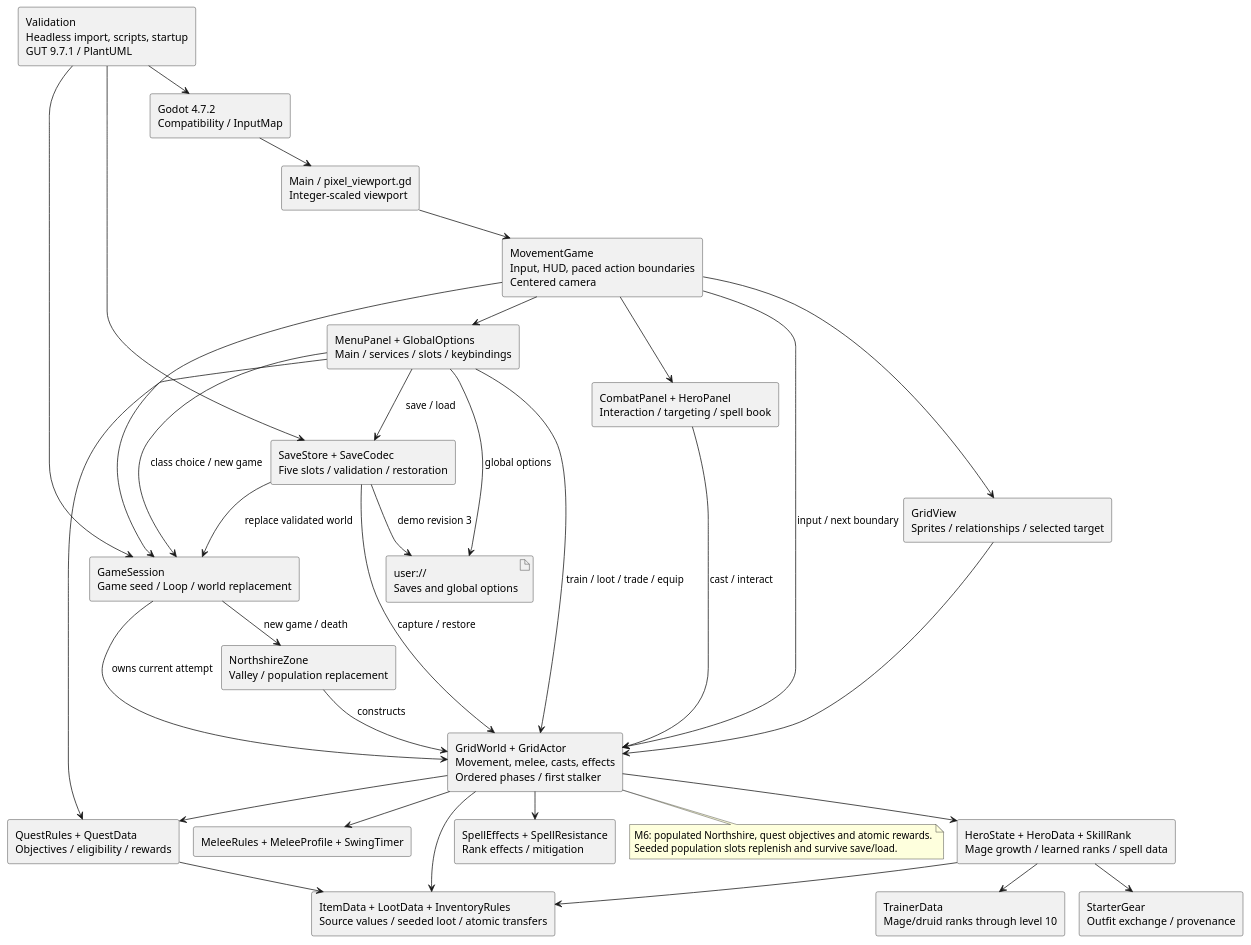
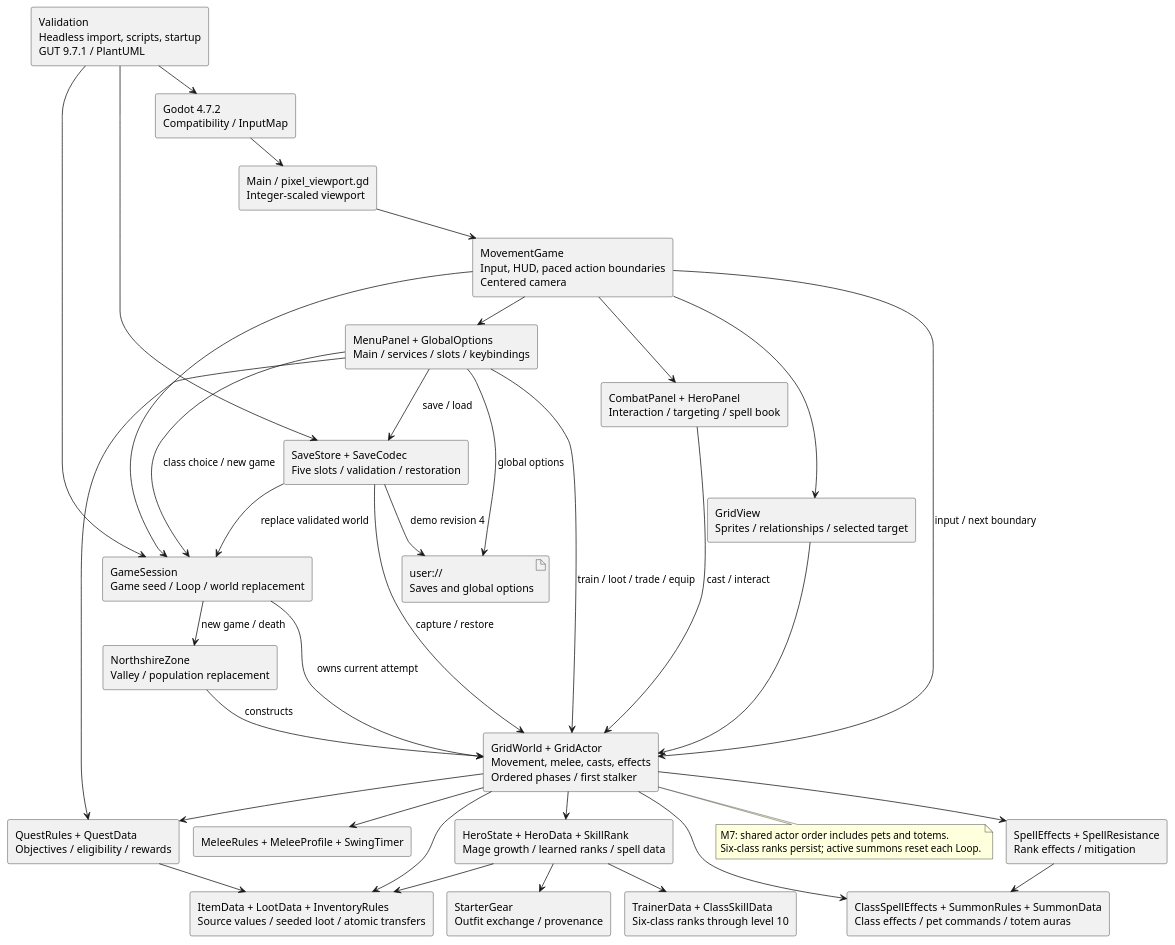
One commit to VHonzik/Ostinato changed the diagram in docs/architecture/components.puml. Above: the diagram before and after it, drawn with PlantUML. The commit also changed 37 other files, not shown here.

Commit message:
Implement milestone 7 classes, pets and totems

```diff
--- a/docs/architecture/components.puml
+++ b/docs/architecture/components.puml
@@ -1,60 +1,63 @@
 @startuml
 !pragma layout smetana
 skinparam componentStyle rectangle
 skinparam shadowing false
 component "Godot 4.7.2\nCompatibility / InputMap" as Godot
 component "Main / pixel_viewport.gd\nInteger-scaled viewport" as Main
 component "MovementGame\nInput, HUD, paced action boundaries\nCentered camera" as Game
 component "GameSession\nGame seed / Loop / world replacement" as Session
 component "GridWorld + GridActor\nMovement, melee, casts, effects\nOrdered phases / first stalker" as World
 component "NorthshireZone\nValley / population replacement" as Fixture
 component "QuestRules + QuestData\nObjectives / eligibility / rewards" as Quests
 component "HeroState + HeroData + SkillRank\nMage growth / learned ranks / spell data" as Hero
 component "StarterGear\nOutfit exchange / provenance" as Gear
 component "MeleeRules + MeleeProfile + SwingTimer" as Combat
 component "SpellEffects + SpellResistance\nRank effects / mitigation" as Spells
-component "TrainerData\nMage/druid ranks through level 10" as Training
+component "TrainerData + ClassSkillData\nSix-class ranks through level 10" as Training
+component "ClassSpellEffects + SummonRules + SummonData\nClass effects / pet commands / totem auras" as Summons
 component "ItemData + LootData + InventoryRules\nSource values / seeded loot / atomic transfers" as Items
 component "CombatPanel + HeroPanel\nInteraction / targeting / spell book" as Panels
 component "MenuPanel + GlobalOptions\nMain / services / slots / keybindings" as Menu
 component "SaveStore + SaveCodec\nFive slots / validation / restoration" as Saves
 component "GridView\nSprites / relationships / selected target" as View
 component "Validation\nHeadless import, scripts, startup\nGUT 9.7.1 / PlantUML" as Tests
 artifact "user://\nSaves and global options" as Files
 Godot --> Main
 Main --> Game
 Game --> Session
 Session --> Fixture : new game / death
 Fixture --> World : constructs
 Session --> World : owns current attempt
 Game --> World : input / next boundary
 World --> Hero
 Hero --> Gear
 World --> Combat
 World --> Spells
+World --> Summons
+Spells --> Summons
 World --> Items
 World --> Quests
 Menu --> Quests
 Quests --> Items
 Hero --> Items
 Hero --> Training
 Menu --> World : train / loot / trade / equip
 Game --> Panels
 Panels --> World : cast / interact
 Game --> Menu
 Menu --> Session : class choice / new game
 Menu --> Saves : save / load
 Saves --> Session : replace validated world
 Saves --> World : capture / restore
 Menu --> Files : global options
-Saves --> Files : demo revision 3
+Saves --> Files : demo revision 4
 Game --> View
 View --> World
 Tests --> Godot
 Tests --> Session
 Tests --> Saves
 note bottom of World
-M6: populated Northshire, quest objectives and atomic rewards.
-Seeded population slots replenish and survive save/load.
+M7: shared actor order includes pets and totems.
+Six-class ranks persist; active summons reset each Loop.
 end note
 @enduml
```
